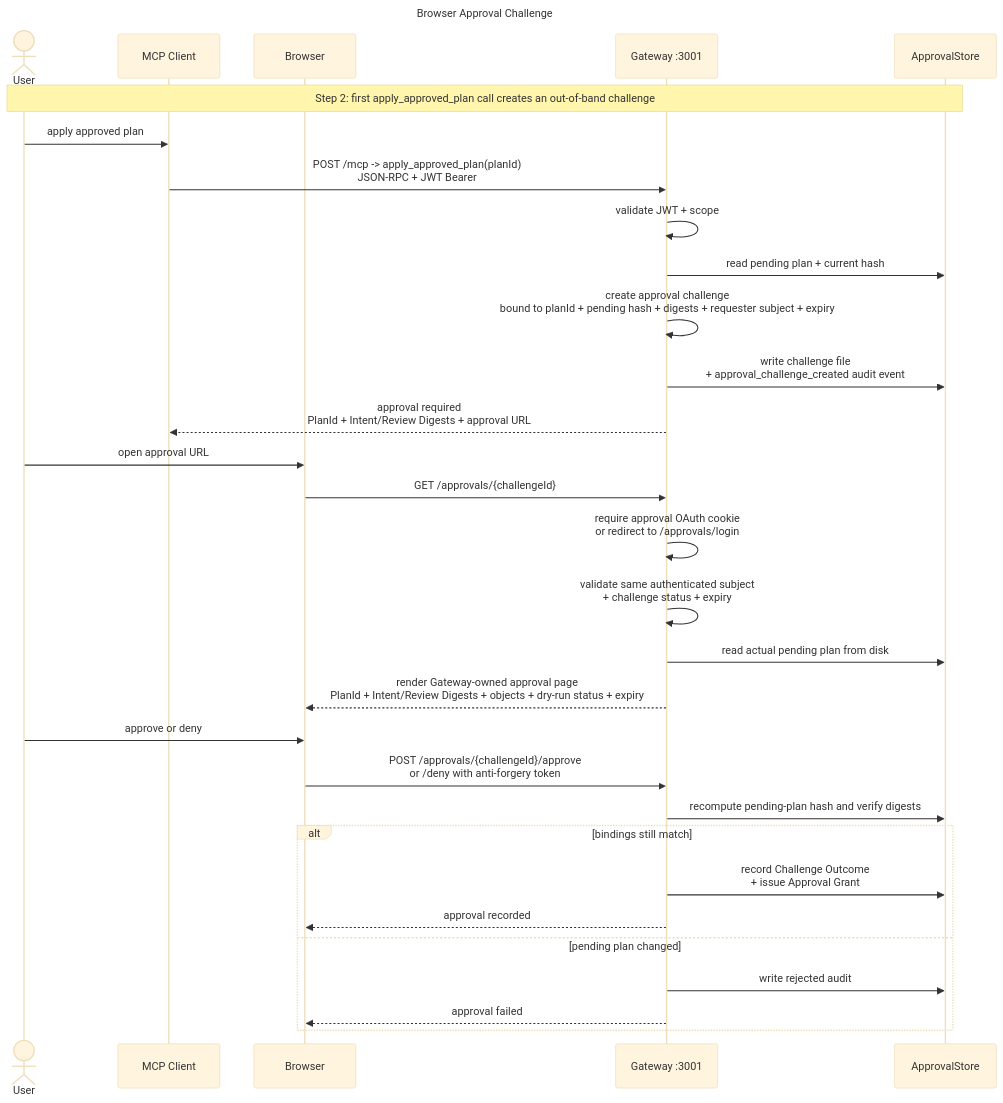
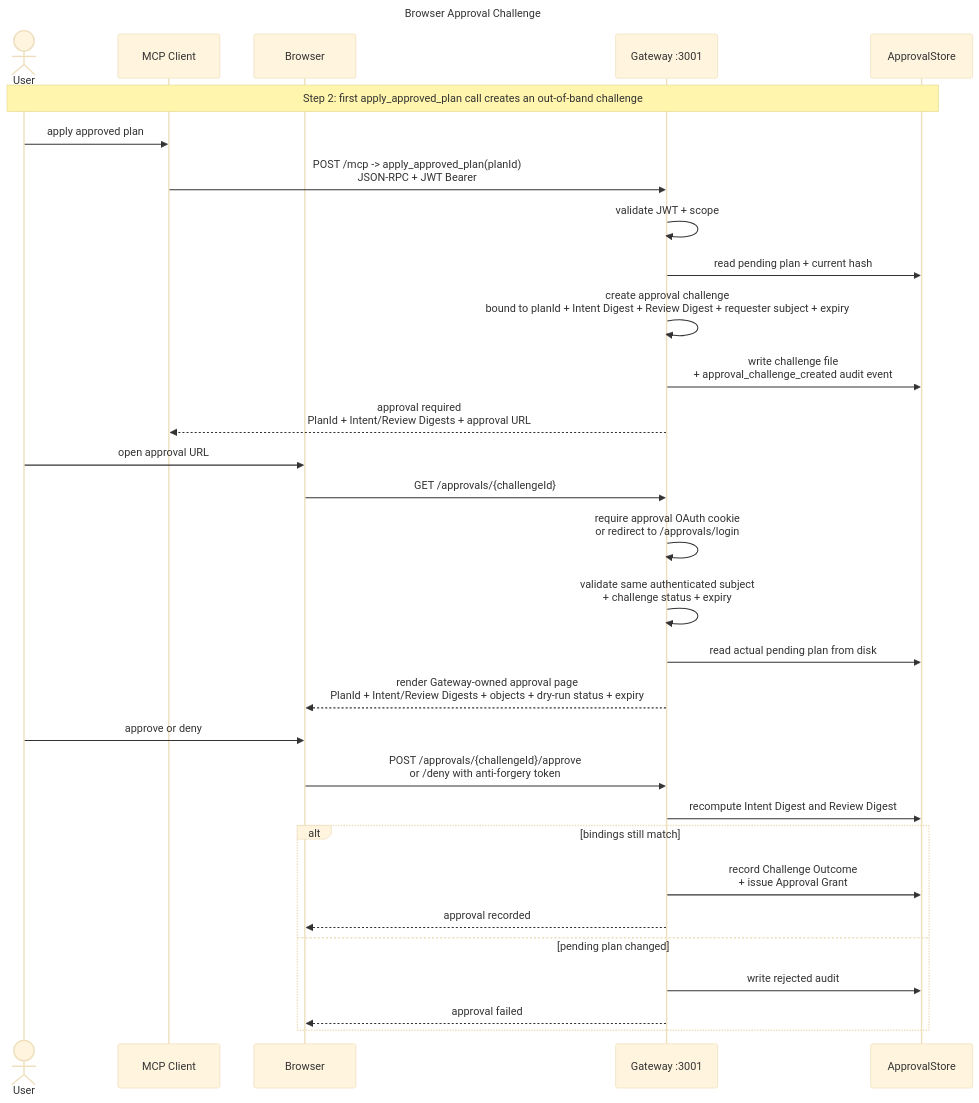
The fifth of 7 diagrams in docs/architecture.md (mirusser/Kubernetes-MCP-Guard), drawn with Mermaid (base theme) before and after one commit. The commit also changed other lines of this file and 22 other files, not shown here.

````diff
--- a/docs/architecture.md
+++ b/docs/architecture.md
@@ -207,39 +219,39 @@
 ```mermaid
 ---
 title: Browser Approval Challenge
 ---
 sequenceDiagram
     actor User
     participant Client as MCP Client
     participant Browser as Browser
     participant GW as Gateway :3001
     participant Store as ApprovalStore
 
     Note over User,Store: Step 2: first apply_approved_plan call creates an out-of-band challenge
 
     User->>Client: apply approved plan
     Client->>GW: POST /mcp -> apply_approved_plan(planId)<br/>JSON-RPC + JWT Bearer
     GW->>GW: validate JWT + scope
     GW->>Store: read pending plan + current hash
-    GW->>GW: create approval challenge<br/>bound to planId + pending hash + digests + requester subject + expiry
+    GW->>GW: create approval challenge<br/>bound to planId + Intent Digest + Review Digest + requester subject + expiry
     GW->>Store: write challenge file<br/>+ approval_challenge_created audit event
     GW-->>Client: approval required<br/>PlanId + Intent/Review Digests + approval URL
 
     User->>Browser: open approval URL
     Browser->>GW: GET /approvals/{challengeId}
     GW->>GW: require approval OAuth cookie<br/>or redirect to /approvals/login
     GW->>GW: validate same authenticated subject<br/>+ challenge status + expiry
     GW->>Store: read actual pending plan from disk
     GW-->>Browser: render Gateway-owned approval page<br/>PlanId + Intent/Review Digests + objects + dry-run status + expiry
 
     User->>Browser: approve or deny
     Browser->>GW: POST /approvals/{challengeId}/approve<br/>or /deny with anti-forgery token
-    GW->>Store: recompute pending-plan hash and verify digests
+    GW->>Store: recompute Intent Digest and Review Digest
     alt bindings still match
         GW->>Store: record Challenge Outcome<br/>+ issue Approval Grant
         GW-->>Browser: approval recorded
     else pending plan changed
         GW->>Store: write rejected audit
         GW-->>Browser: approval failed
     end
 ```
````
